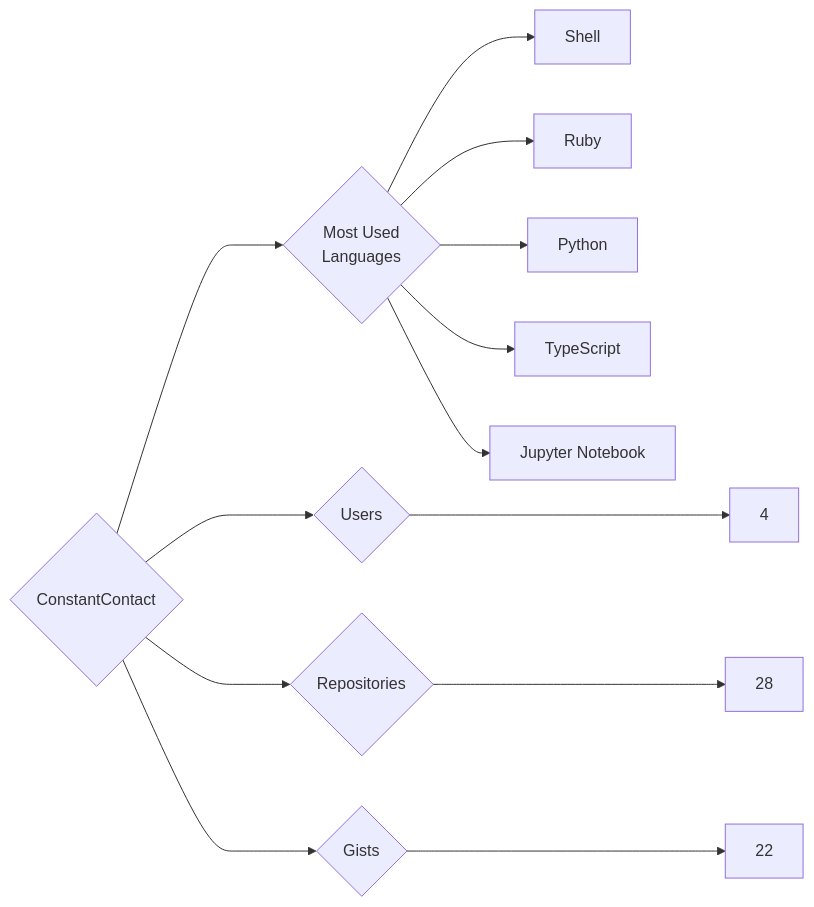
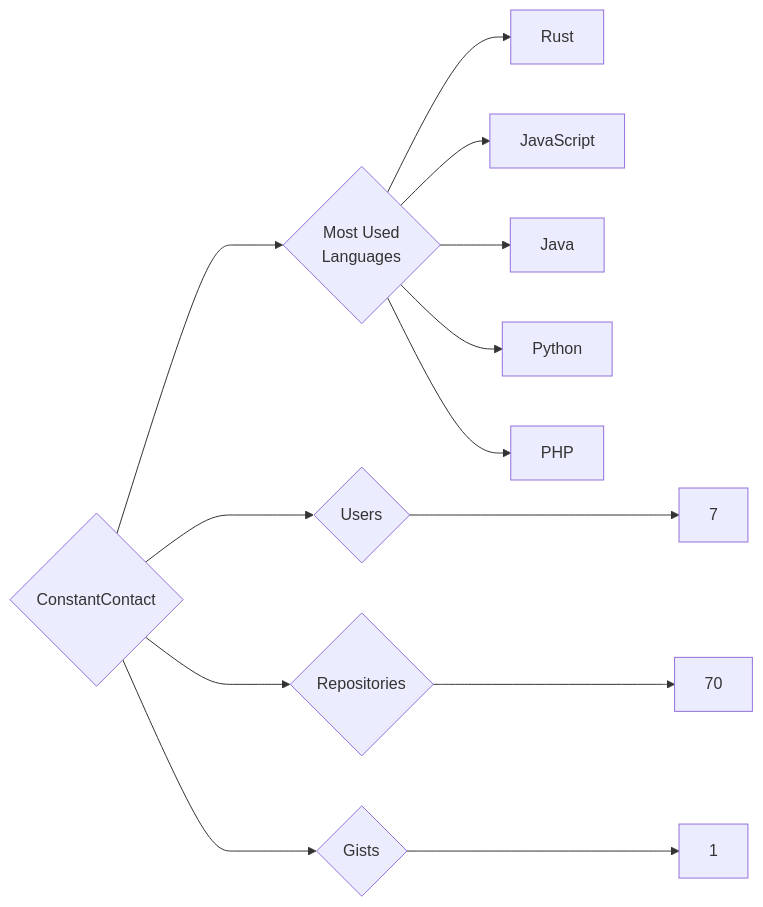
The diagram in targets/ConstantContact/README.md (trickest/insiders), drawn with Mermaid before and after one commit. The commit also changed 997 other files, not shown here.

````diff
--- a/targets/ConstantContact/README.md
+++ b/targets/ConstantContact/README.md
@@ -3,13 +3,13 @@
 ```mermaid
 graph LR
 COMPANY_NAME{ConstantContact}
-COMPANY_NAME ---> U{Users} ---> UN[4]
-COMPANY_NAME ---> R{Repositories} ---> RN[28]
-COMPANY_NAME ---> G{Gists} ---> GN[22]
+COMPANY_NAME ---> U{Users} ---> UN[7]
+COMPANY_NAME ---> R{Repositories} ---> RN[70]
+COMPANY_NAME ---> G{Gists} ---> GN[1]
 COMPANY_NAME ---> ML{Most Used<br>Languages}
-ML --> Shell[Shell]
-ML --> Ruby[Ruby]
+ML --> Rust[Rust]
+ML --> JavaScript[JavaScript]
+ML --> Java[Java]
 ML --> Python[Python]
-ML --> TypeScript[TypeScript]
-ML --> Jupyter_Notebook[Jupyter Notebook]
+ML --> PHP[PHP]
 ```
````
